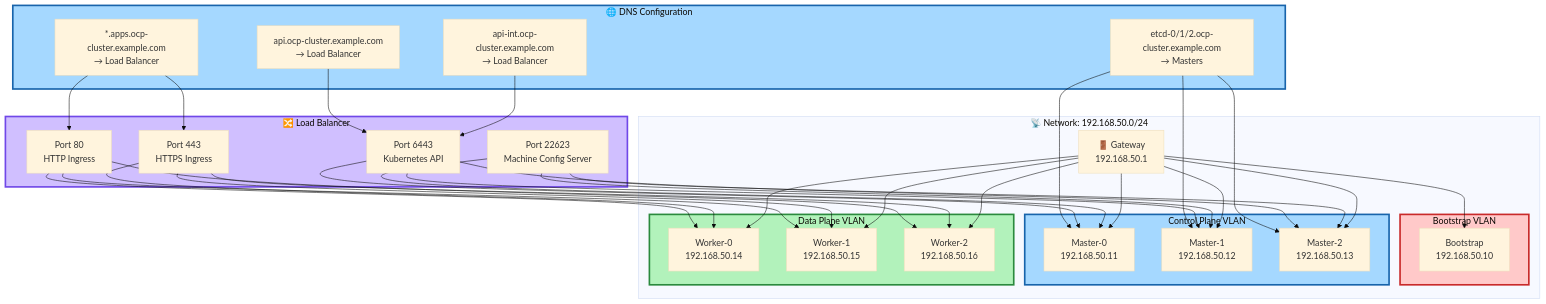
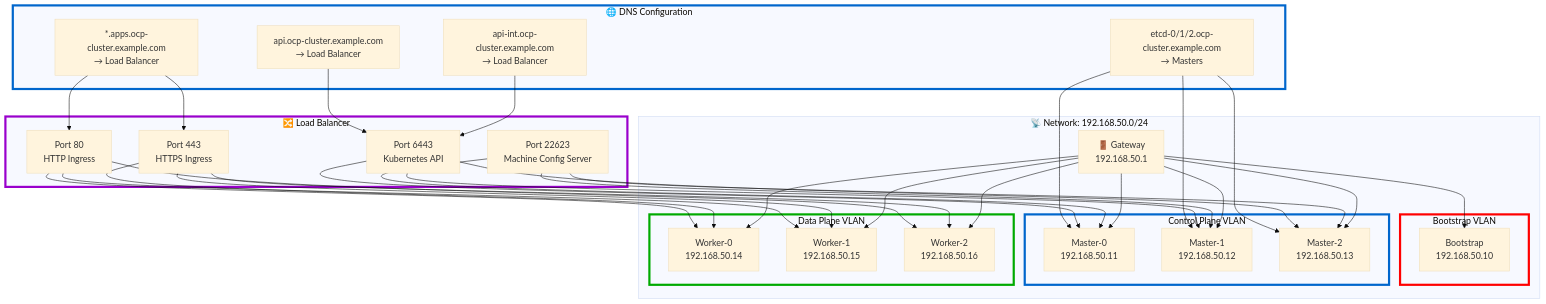
The third of 8 diagrams in DIAGRAMS_MERMAID.md (Z3ROX-lab/gtt-terraform-pour-openshift-UPI), drawn with Mermaid (base theme) before and after one commit. The commit also changed other lines of this file, not shown here.

First line of the commit message:
Amélioration lisibilité diagrammes Mermaid + correction erreur

````diff
--- a/DIAGRAMS_MERMAID.md
+++ b/DIAGRAMS_MERMAID.md
@@ -171,74 +171,74 @@
 ```mermaid
 graph TB
     subgraph DNS["🌐 DNS Configuration"]
         API_DNS[api.ocp-cluster.example.com<br/>→ Load Balancer]
         API_INT_DNS[api-int.ocp-cluster.example.com<br/>→ Load Balancer]
         APPS_DNS[*.apps.ocp-cluster.example.com<br/>→ Load Balancer]
         ETCD_DNS[etcd-0/1/2.ocp-cluster.example.com<br/>→ Masters]
     end
 
     subgraph LB["🔀 Load Balancer"]
         LB_API[Port 6443<br/>Kubernetes API]
         LB_MCS[Port 22623<br/>Machine Config Server]
         LB_HTTP[Port 80<br/>HTTP Ingress]
         LB_HTTPS[Port 443<br/>HTTPS Ingress]
     end
 
     subgraph Network["📡 Network: 192.168.50.0/24"]
         GW[🚪 Gateway<br/>192.168.50.1]
 
         subgraph Bootstrap_Net["Bootstrap VLAN"]
             BS[Bootstrap<br/>192.168.50.10]
         end
 
         subgraph Masters_Net["Control Plane VLAN"]
             M0[Master-0<br/>192.168.50.11]
             M1[Master-1<br/>192.168.50.12]
             M2[Master-2<br/>192.168.50.13]
         end
 
         subgraph Workers_Net["Data Plane VLAN"]
             W0[Worker-0<br/>192.168.50.14]
             W1[Worker-1<br/>192.168.50.15]
             W2[Worker-2<br/>192.168.50.16]
         end
     end
 
     API_DNS --> LB_API
     API_INT_DNS --> LB_API
     APPS_DNS --> LB_HTTP
     APPS_DNS --> LB_HTTPS
     ETCD_DNS --> M0
     ETCD_DNS --> M1
     ETCD_DNS --> M2
 
     LB_API --> M0
     LB_API --> M1
     LB_API --> M2
 
     LB_MCS --> M0
     LB_MCS --> M1
     LB_MCS --> M2
 
     LB_HTTP --> W0
     LB_HTTP --> W1
     LB_HTTP --> W2
 
     LB_HTTPS --> W0
     LB_HTTPS --> W1
     LB_HTTPS --> W2
 
     GW --> BS
     GW --> M0
     GW --> M1
     GW --> M2
     GW --> W0
     GW --> W1
     GW --> W2
 
-    style DNS fill:#a5d8ff,stroke:#1864ab,stroke-width:3px
-    style LB fill:#d0bfff,stroke:#7048e8,stroke-width:3px
-    style Bootstrap_Net fill:#ffc9c9,stroke:#c92a2a,stroke-width:3px
-    style Masters_Net fill:#a5d8ff,stroke:#1864ab,stroke-width:3px
-    style Workers_Net fill:#b2f2bb,stroke:#2b8a3e,stroke-width:3px
+    style DNS stroke:#0066CC,stroke-width:4px
+    style LB stroke:#9900CC,stroke-width:4px
+    style Bootstrap_Net stroke:#FF0000,stroke-width:4px
+    style Masters_Net stroke:#0066CC,stroke-width:4px
+    style Workers_Net stroke:#00AA00,stroke-width:4px
 ```
````
